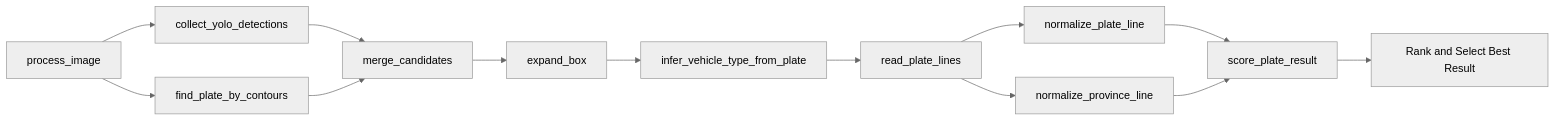
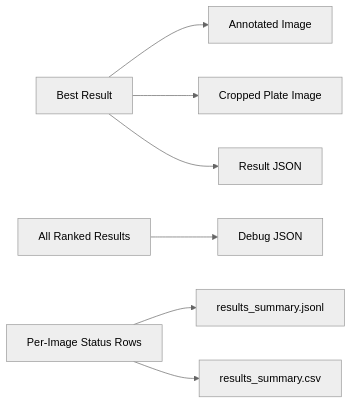
One commit to Kidpech-code/thai_license_plate changed the eighth of 8 diagrams in README.md. Above: the diagram before and after it, drawn with Mermaid (neutral theme). The commit also changed other lines of this file, not shown here.

Commit message:
Expand README with bilingual docs and diagrams

````diff
--- a/README.md
+++ b/README.md
@@ -259,15 +332,9 @@
 ```mermaid
 flowchart LR
-    A[process_image] --> B[collect_yolo_detections]
-    A --> C[find_plate_by_contours]
-    B --> D[merge_candidates]
-    C --> D
-    D --> E[expand_box]
-    E --> F[infer_vehicle_type_from_plate]
-    F --> G[read_plate_lines]
-    G --> H[normalize_plate_line]
-    G --> I[normalize_province_line]
-    H --> J[score_plate_result]
-    I --> J
-    J --> K[Rank and Select Best Result]
+    A[Best Result] --> B[Annotated Image]
+    A --> C[Cropped Plate Image]
+    A --> D[Result JSON]
+    E[All Ranked Results] --> F[Debug JSON]
+    G[Per-Image Status Rows] --> H[results_summary.jsonl]
+    G --> I[results_summary.csv]
 ```
````
